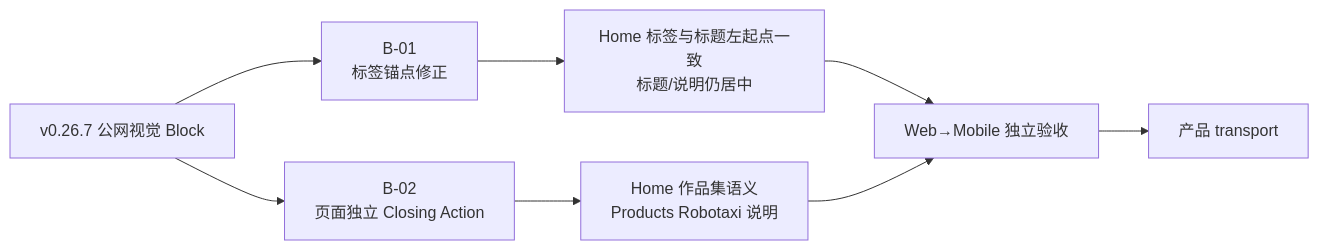
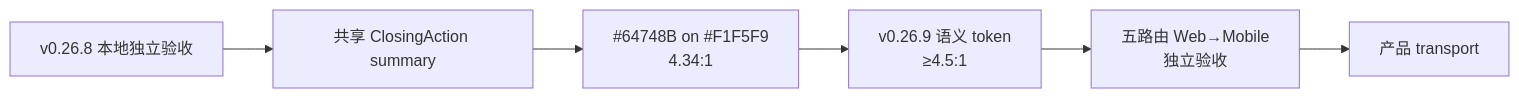
The diagram in docs/iterations/current.md (Chizheng4/xingbuild), drawn with Mermaid before and after one commit. The commit also changed other lines of this file and 8 other files, not shown here.

Commit message:
fix: add subtle-surface closing contrast token

````diff
--- a/docs/iterations/current.md
+++ b/docs/iterations/current.md
@@ -15,10 +15,8 @@
 ```mermaid
 flowchart LR
-  A[v0.26.7 公网视觉 Block] --> B[B-01\n标签锚点修正]
-  A --> C[B-02\n页面独立 Closing Action]
-  B --> D[Home 标签与标题左起点一致\n标题/说明仍居中]
-  C --> E[Home 作品集语义\nProducts Robotaxi 说明]
-  D --> F[Web→Mobile 独立验收]
-  E --> F
-  F --> G[产品 transport]
+  A[v0.26.8 本地独立验收] --> B[共享 ClosingAction summary]
+  B --> C[#64748B on #F1F5F9\n4.34:1]
+  C --> D[v0.26.9 语义 token\n≥4.5:1]
+  D --> E[五路由 Web→Mobile\n独立验收]
+  E --> F[产品 transport]
 ```
````
